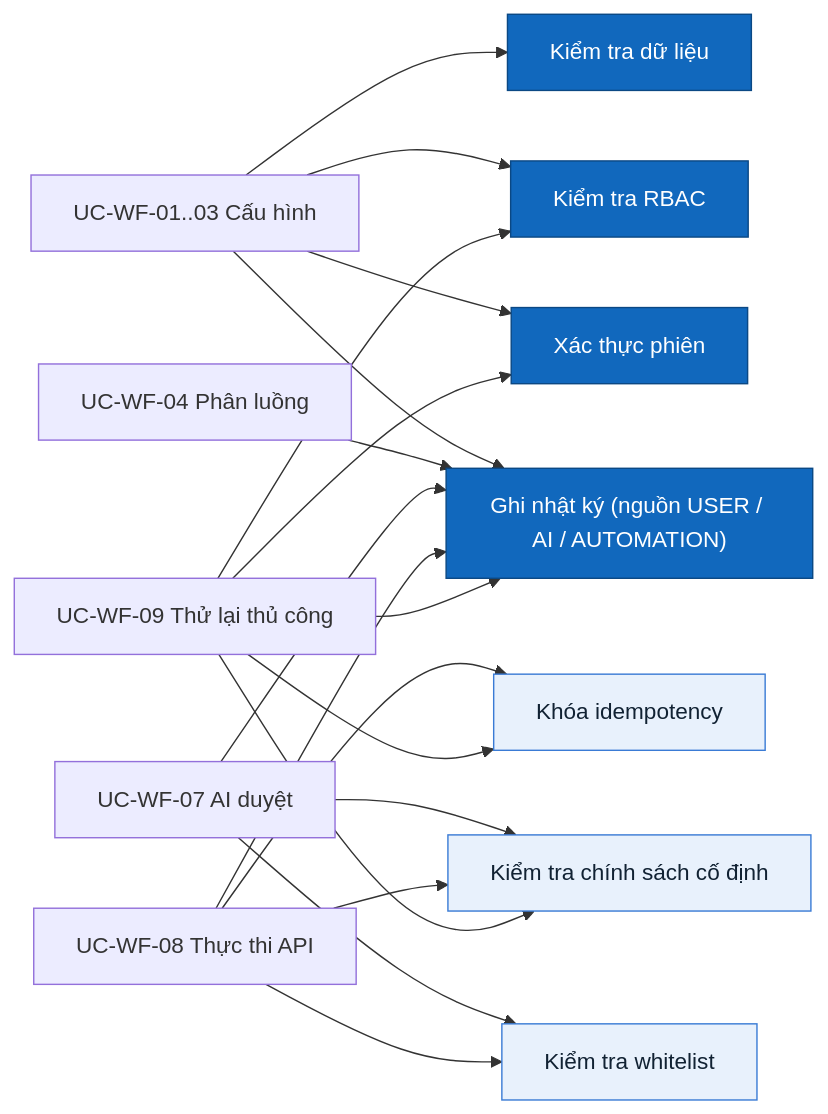
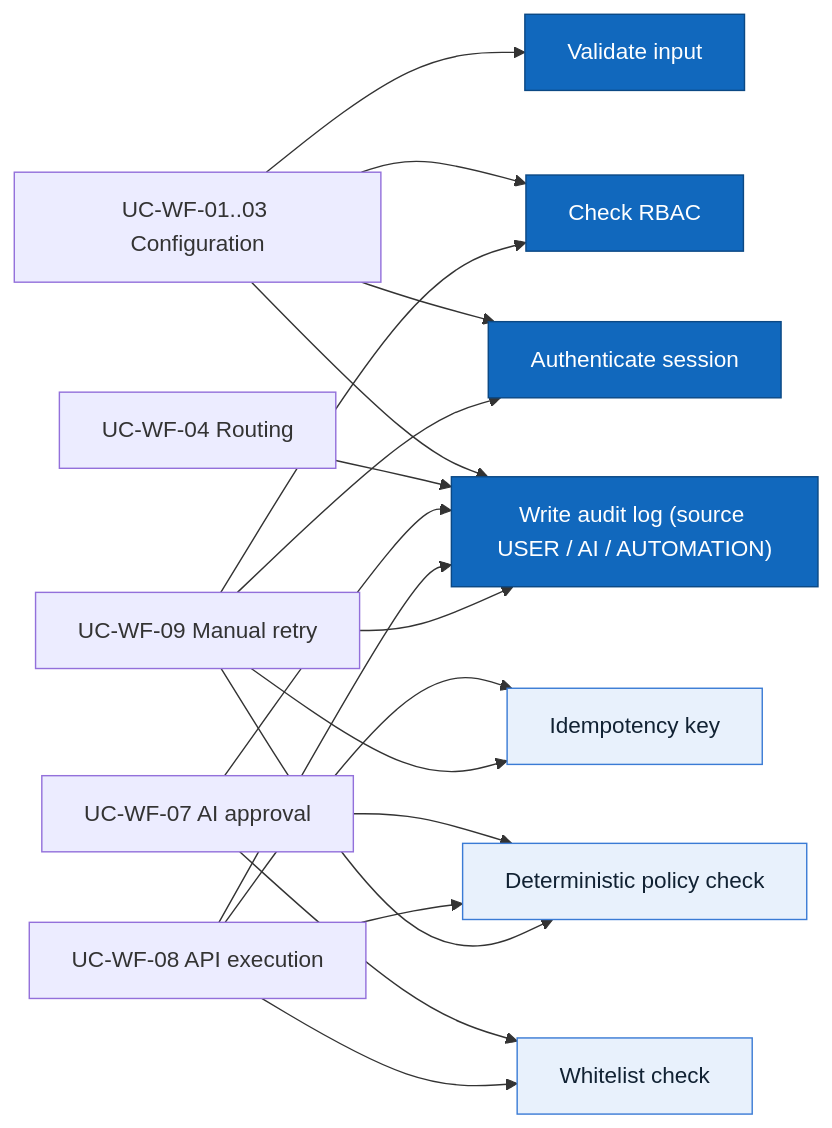
The third of 4 diagrams in docs/03-use-cases.md (Akaza-ban/Fable), drawn with Mermaid before and after one commit. The commit also changed other lines of this file and 7 other files, not shown here.

````diff
--- a/docs/03-use-cases.md
+++ b/docs/03-use-cases.md
@@ -144,19 +144,19 @@
 ```mermaid
 flowchart LR
-    auth["Xác thực phiên"]:::shared
-    authorize["Kiểm tra RBAC"]:::shared
-    validate["Kiểm tra dữ liệu"]:::shared
-    audit["Ghi nhật ký (nguồn USER / AI / AUTOMATION)"]:::shared
-    whitelist["Kiểm tra whitelist"]:::rule
-    policy["Kiểm tra chính sách cố định"]:::rule
-    idem["Khóa idempotency"]:::rule
+    auth["Authenticate session"]:::shared
+    authorize["Check RBAC"]:::shared
+    validate["Validate input"]:::shared
+    audit["Write audit log (source USER / AI / AUTOMATION)"]:::shared
+    whitelist["Whitelist check"]:::rule
+    policy["Deterministic policy check"]:::rule
+    idem["Idempotency key"]:::rule
 
-    configUc["UC-WF-01..03 Cấu hình"] --> auth & authorize & validate & audit
-    routeUc["UC-WF-04 Phân luồng"] --> audit
-    approveUc["UC-WF-07 AI duyệt"] --> whitelist & policy & audit
-    execUc["UC-WF-08 Thực thi API"] --> whitelist & policy & idem & audit
-    retryUc["UC-WF-09 Thử lại thủ công"] --> auth & authorize & policy & idem & audit
+    configUc["UC-WF-01..03 Configuration"] --> auth & authorize & validate & audit
+    routeUc["UC-WF-04 Routing"] --> audit
+    approveUc["UC-WF-07 AI approval"] --> whitelist & policy & audit
+    execUc["UC-WF-08 API execution"] --> whitelist & policy & idem & audit
+    retryUc["UC-WF-09 Manual retry"] --> auth & authorize & policy & idem & audit
 
     classDef shared fill:#1168bd,color:#fff,stroke:#0b4884
     classDef rule fill:#e8f1fc,color:#123,stroke:#3a7bd5
 ```
````
